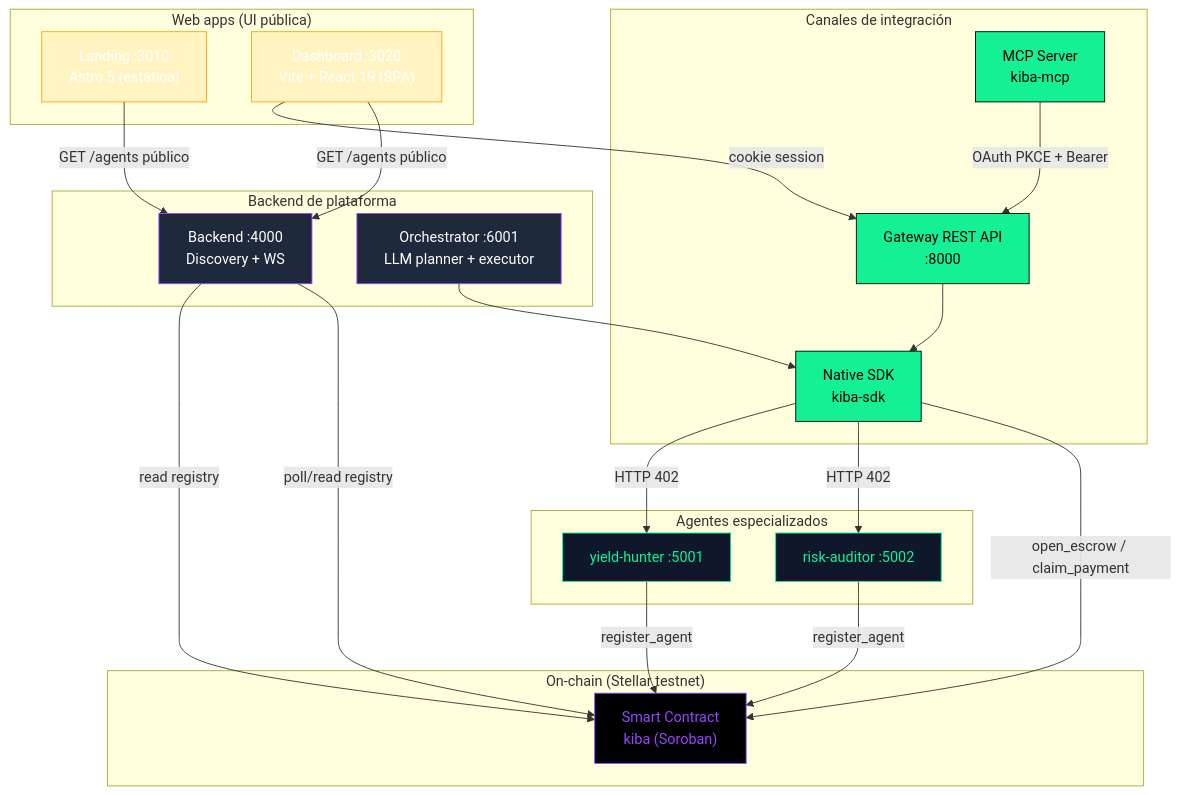
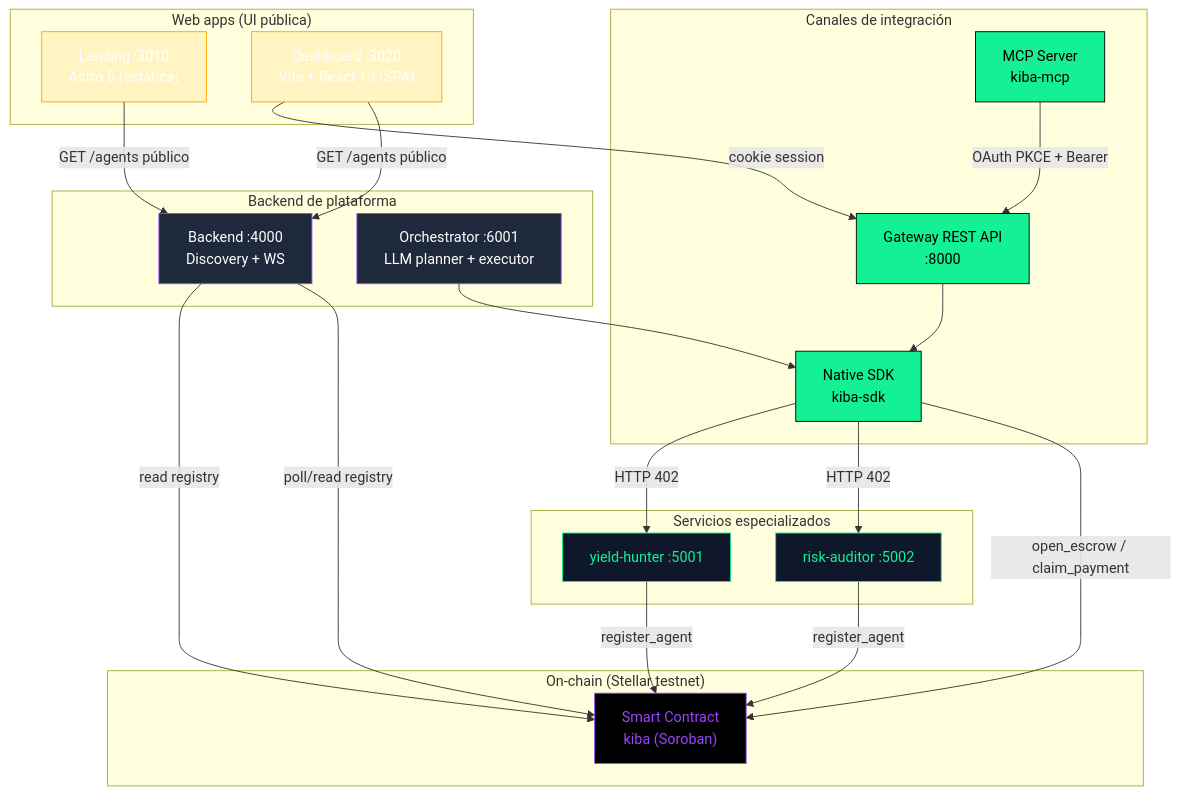
Before and after one commit to CoKeFish/kiba: the first of 11 diagrams in docs/architecture.md, drawn with Mermaid. The commit also changed other lines of this file and 18 other files, not shown here.

````diff
--- a/docs/architecture.md
+++ b/docs/architecture.md
@@ -12,54 +12,54 @@
 ```mermaid
 graph TB
     subgraph web["Web apps (UI pública)"]
         LAND["Landing :3010<br/>Astro 5 (estática)"]
         DASH["Dashboard :3020<br/>Vite + React 19 (SPA)"]
     end
 
     subgraph access["Canales de integración"]
         SDK["Native SDK<br/>kiba-sdk"]
         GW["Gateway REST API<br/>:8000"]
         MCP["MCP Server<br/>kiba-mcp"]
     end
 
     subgraph core["Backend de plataforma"]
         BE["Backend :4000<br/>Discovery + WS"]
         ORCH["Orchestrator :6001<br/>LLM planner + executor"]
     end
 
-    subgraph agents["Agentes especializados"]
+    subgraph agents["Servicios especializados"]
         A1["yield-hunter :5001"]
         A2["risk-auditor :5002"]
     end
 
     subgraph chain["On-chain (Stellar testnet)"]
         SC["Smart Contract<br/>kiba (Soroban)"]
     end
 
     LAND -->|GET /agents público| BE
     DASH -->|cookie session| GW
     DASH -->|GET /agents público| BE
     MCP -->|OAuth PKCE + Bearer| GW
     GW --> SDK
     ORCH --> SDK
 
     SDK -->|HTTP 402| A1
     SDK -->|HTTP 402| A2
     SDK -->|open_escrow / claim_payment| SC
     BE -->|read registry| SC
     BE -->|poll/read registry| SC
     A1 -->|register_agent| SC
     A2 -->|register_agent| SC
 
     classDef webStyle fill:#FFA50020,stroke:#FFA500,color:#fff
     classDef accessStyle fill:#14F195,stroke:#000,color:#000
     classDef coreStyle fill:#1e293b,stroke:#9945FF,color:#fff
     classDef agentStyle fill:#0f172a,stroke:#14F195,color:#14F195
     classDef chainStyle fill:#000,stroke:#9945FF,color:#9945FF
 
     class LAND,DASH webStyle
     class SDK,GW,MCP accessStyle
     class BE,ORCH coreStyle
     class A1,A2 agentStyle
     class SC chainStyle
 ```
````
